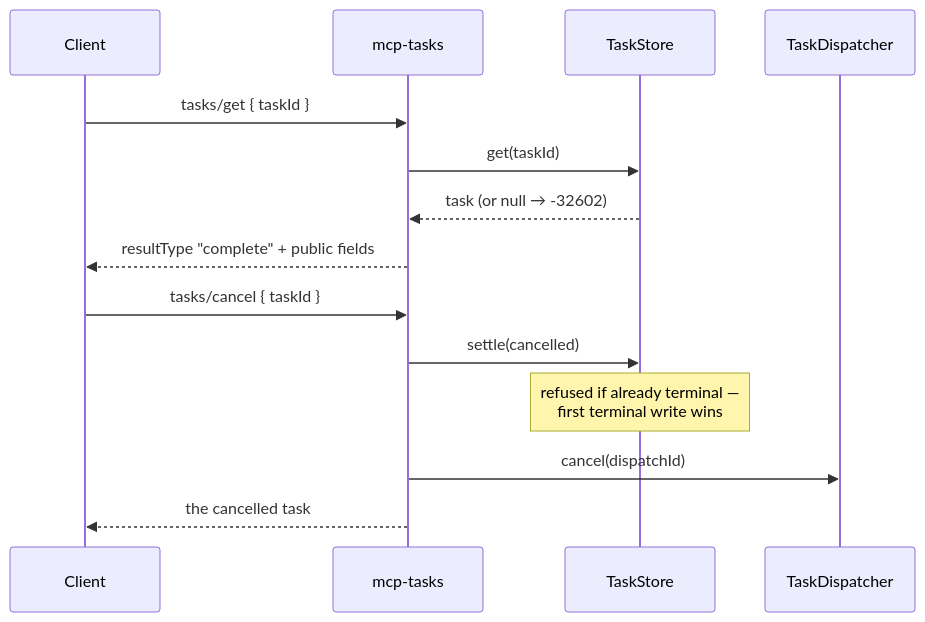
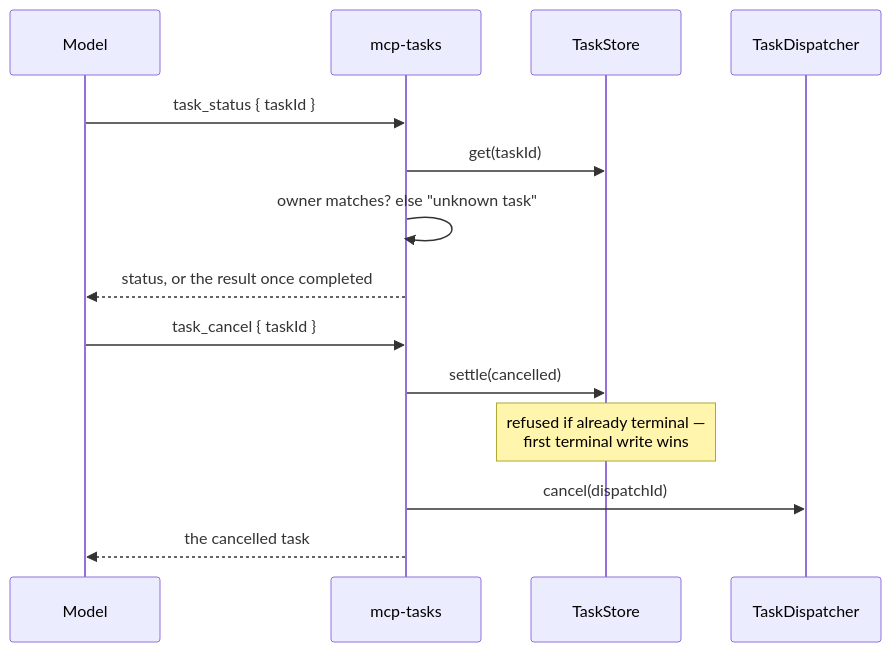
One commit to upstash/agentkit changed the third of 3 diagrams in packages/mcp-tasks/README.md. Above: the diagram before and after it, drawn with Mermaid. The commit also changed other lines of this file and 17 other files, not shown here.

````diff
--- a/packages/mcp-tasks/README.md
+++ b/packages/mcp-tasks/README.md
@@ -247,18 +282,18 @@
 ```mermaid
 sequenceDiagram
-    participant C as Client
+    participant M as Model
     participant S as mcp-tasks
     participant St as TaskStore
     participant D as TaskDispatcher
 
-    C->>S: tasks/get { taskId }
+    M->>S: task_status { taskId }
     S->>St: get(taskId)
-    St-->>S: task (or null → -32602)
-    S-->>C: resultType "complete" + public fields
+    S->>S: owner matches? else "unknown task"
+    S-->>M: status, or the result once completed
 
-    C->>S: tasks/cancel { taskId }
+    M->>S: task_cancel { taskId }
     S->>St: settle(cancelled)
     Note over St: refused if already terminal —<br/>first terminal write wins
     S->>D: cancel(dispatchId)
-    S-->>C: the cancelled task
+    S-->>M: the cancelled task
 ```
````
